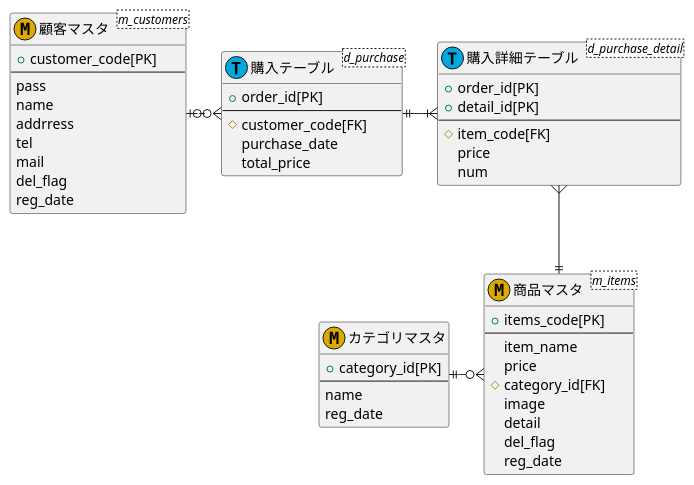
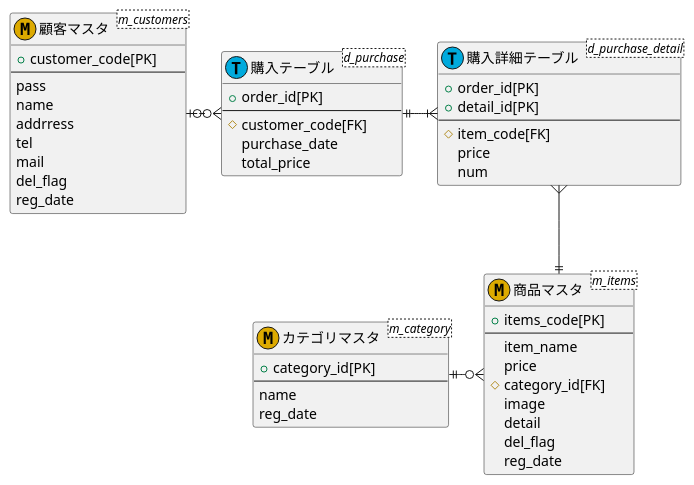
The diagram in kadai23.md (Aso2001022/2021sys-design), drawn with PlantUML before and after one commit.

````diff
--- a/kadai23.md
+++ b/kadai23.md
@@ -1,56 +1,56 @@
 ```puml
 @startuml
 entity "顧客マスタ" <m_customers><<M,DDAA00>>{
   +customer_code[PK]
   --
   pass
   name
   addrress
   tel
   mail
   del_flag
   reg_date
   }
   
   entity "購入テーブル"<d_purchase><<T,00AADD>>{
   +order_id[PK]
   --
   # customer_code[FK]
   purchase_date
   total_price
   }
   
   entity "購入詳細テーブル" <d_purchase_detail><<T,00AADD>> {
   +order_id[PK]
   +detail_id[PK]
   --
   # item_code[FK]
   price
   num
   }
   
   entity "商品マスタ"<m_items><<M,DDAA00>> {
   +items_code[PK]
   --
   item_name
   price
   # category_id[FK]
   image
   detail
   del_flag
   reg_date
   }
   
-  entity "カテゴリマスタ" <<M,DDAA00>> {
+  entity "カテゴリマスタ" <m_category><<M,DDAA00>> {
 +category_id[PK]
 --
 name
 reg_date
 }
 
 顧客マスタ |o-ri-o{ 購入テーブル 
 購入テーブル ||-ri-|{ 購入詳細テーブル
 購入詳細テーブル }-do-|| 商品マスタ
 商品マスタ }o-le-|| カテゴリマスタ
 @enduml
 ```
````
